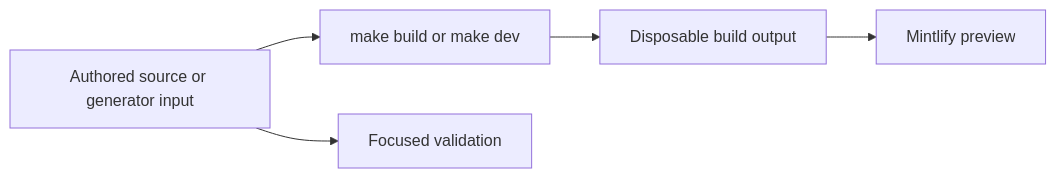
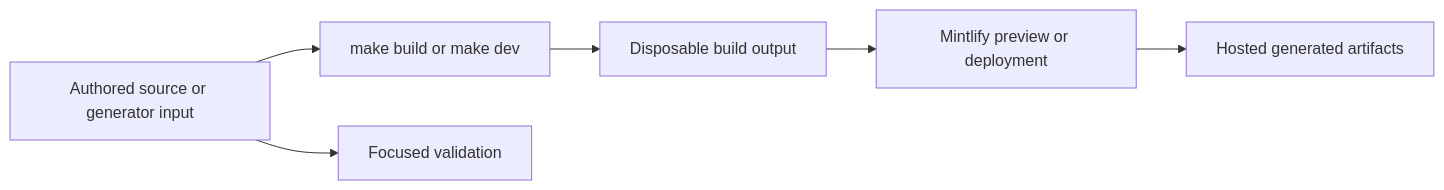
The diagram in openwiki/quickstart.md (langchain-ai/docs), drawn with Mermaid before and after one commit. The commit also changed other lines of this file and 25 other files, not shown here.

````diff
--- a/openwiki/quickstart.md
+++ b/openwiki/quickstart.md
@@ -43,7 +55,8 @@
 ```mermaid
 flowchart LR
   Input["Authored source or generator input"] --> Build["make build or make dev"]
   Build --> Output["Disposable build output"]
-  Output --> Preview["Mintlify preview"]
+  Output --> Preview["Mintlify preview or deployment"]
+  Preview --> Hosted["Hosted generated artifacts"]
   Input --> Check["Focused validation"]
 ```
````
